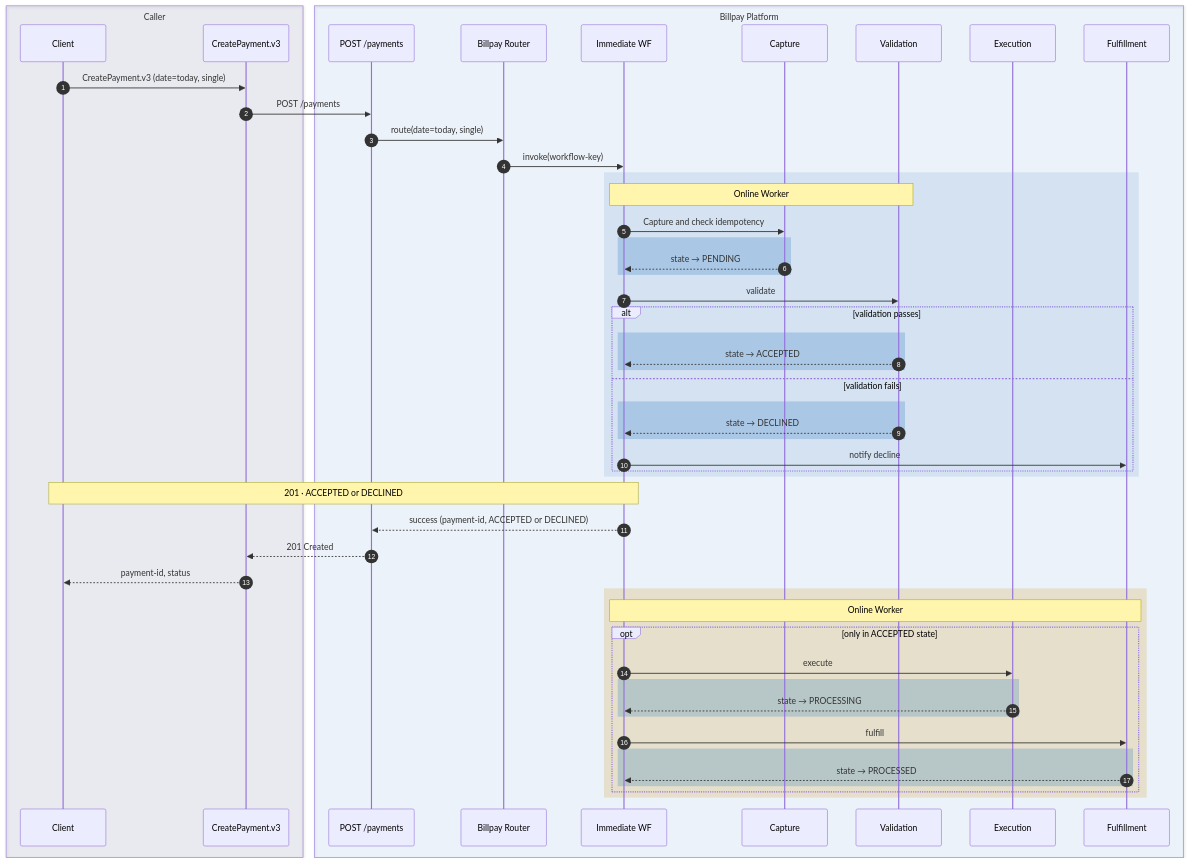
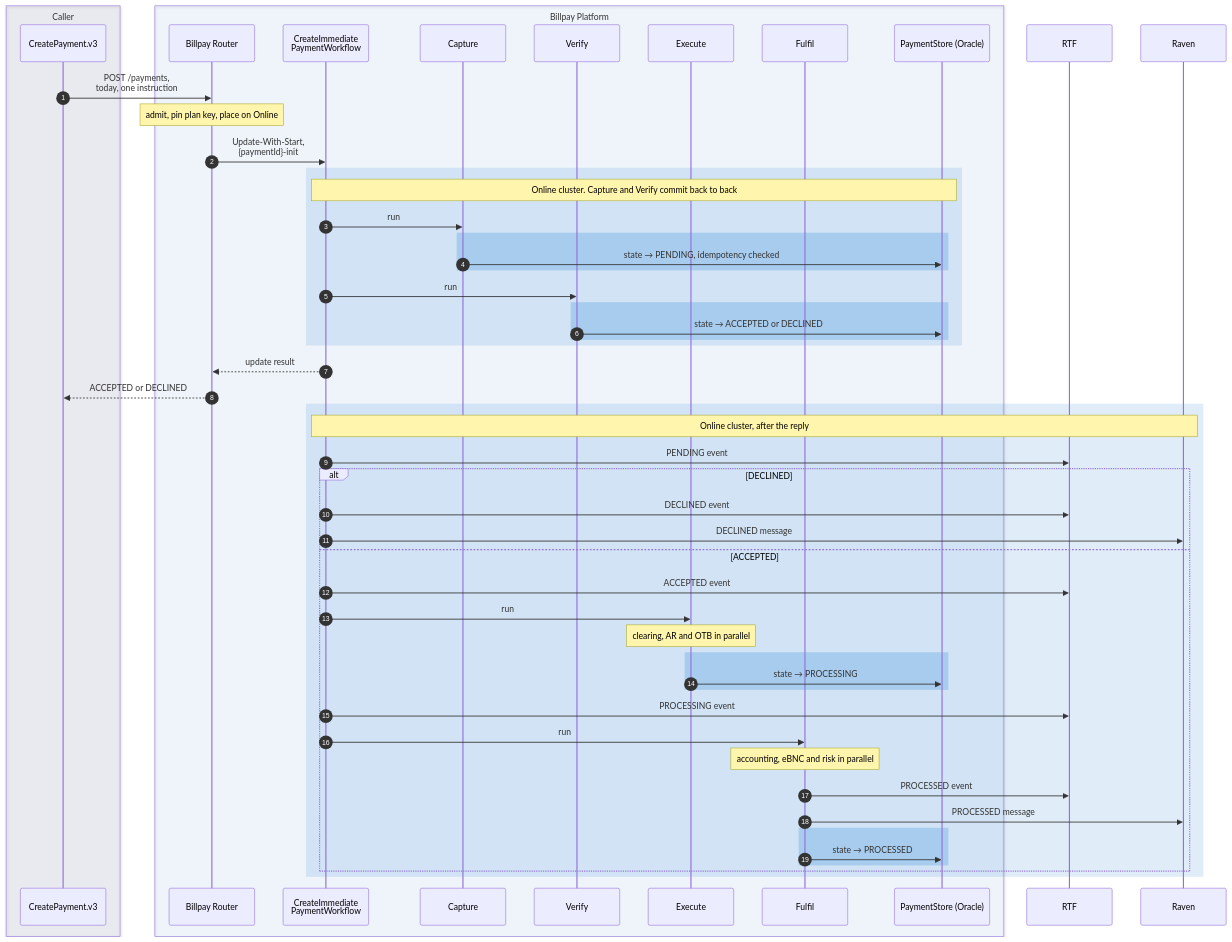
Before and after one commit to arunav-bhattacharya/billpay-book: the first of 13 diagrams in website/docs/design/sequence-diagrams.md, drawn with Mermaid. The commit also changed other lines of this file and 50 other files, not shown here.

````diff
--- a/website/docs/design/sequence-diagrams.md
+++ b/website/docs/design/sequence-diagrams.md
@@ -29,67 +30,69 @@
 ```mermaid
 ---
 config:
   fontFamily: "BentonSansUI, Helvetica, Arial, sans-serif"
   fontSize: 15
 ---
 sequenceDiagram
   autonumber
 
   box rgba(0,23,90,0.07) Caller
-    participant C as Client
-    participant ODF as CreatePayment.v3
+    participant OD as CreatePayment.v3
   end
 
-  box rgba(1,111,208,0.06) Billpay Platform
-    participant API as POST /payments
+  box rgba(0,111,207,0.05) Billpay Platform
     participant R as Billpay Router
-    participant WF as Immediate WF
-    participant IDEMP as Capture
-    participant PVAL as Validation
-    participant PEX as Execution
-    participant PFL as Fulfillment
+    participant WF as CreateImmediate<br/>PaymentWorkflow
+    participant CAP as Capture
+    participant VER as Verify
+    participant EXE as Execute
+    participant FUL as Fulfil
+    participant PS as PaymentStore (Oracle)
   end
 
-  C->>ODF: CreatePayment.v3 (date=today, single)
-  ODF->>API: POST /payments
-  API->>R: route(date=today, single)
-  R->>WF: invoke(workflow-key)
+  participant RTF
+  participant RAV as Raven
 
-  rect rgba(1,91,179,0.10)
-    Note over WF,PVAL: Online Worker
-    WF->>IDEMP: Capture and check idempotency
-    rect rgba(0,98,182,0.20)
-      IDEMP-->>WF: state → PENDING
+  OD->>R: POST /payments,<br/>today, one instruction
+  Note over R: admit, pin plan key, place on Online
+  R->>WF: Update-With-Start,<br/>{paymentId}-init
+
+  rect rgba(0,111,207,0.12)
+    Note over WF,PS: Online cluster. Capture and Verify commit back to back
+    WF->>CAP: run
+    rect rgba(102,169,226,0.40)
+      CAP->>PS: state → PENDING, idempotency checked
     end
-    WF->>PVAL: validate
-    alt validation passes
-      rect rgba(0,98,182,0.20)
-        PVAL-->>WF: state → ACCEPTED
-      end
-    else validation fails
-      rect rgba(0,98,182,0.20)
-        PVAL-->>WF: state → DECLINED
-      end
-      WF->>PFL: notify decline
+    WF->>VER: run
+    rect rgba(102,169,226,0.40)
+      VER->>PS: state → ACCEPTED or DECLINED
     end
   end
 
-  Note over C,WF: 201 · ACCEPTED or DECLINED
-  WF-->>API: success (payment-id, ACCEPTED or DECLINED)
-  API-->>ODF: 201 Created
-  ODF-->>C: payment-id, status
+  WF-->>R: update result
+  R-->>OD: ACCEPTED or DECLINED
 
-  rect rgba(198,146,20,0.20)
-    Note over WF,PFL: Online Worker
-    opt only in ACCEPTED state
-      WF->>PEX: execute
-      rect rgba(0,98,182,0.20)
-        PEX-->>WF: state → PROCESSING
+  rect rgba(0,111,207,0.12)
+    Note over WF,RAV: Online cluster, after the reply
+    WF->>RTF: PENDING event
+    alt DECLINED
+      WF->>RTF: DECLINED event
+      WF->>RAV: DECLINED message
+    else ACCEPTED
+      WF->>RTF: ACCEPTED event
+      WF->>EXE: run
+      Note over EXE: clearing, AR and OTB in parallel
+      rect rgba(102,169,226,0.40)
+        EXE->>PS: state → PROCESSING
       end
-      WF->>PFL: fulfill
-      rect rgba(0,98,182,0.20)
-        PFL-->>WF: state → PROCESSED
+      WF->>RTF: PROCESSING event
+      WF->>FUL: run
+      Note over FUL: accounting, eBNC and risk in parallel
+      FUL->>RTF: PROCESSED event
+      FUL->>RAV: PROCESSED message
+      rect rgba(102,169,226,0.40)
+        FUL->>PS: state → PROCESSED
       end
     end
   end
 ```
````
